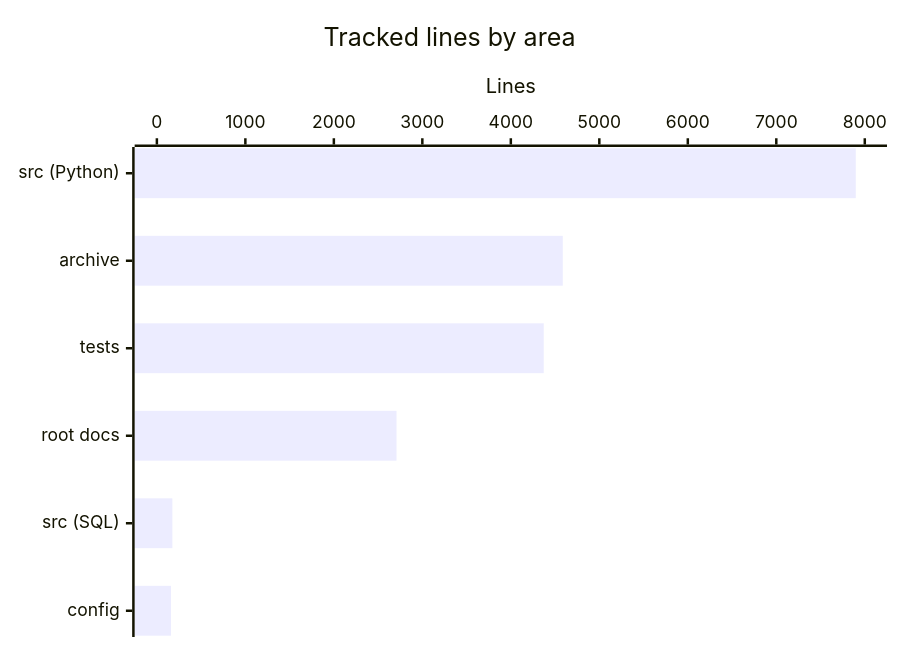
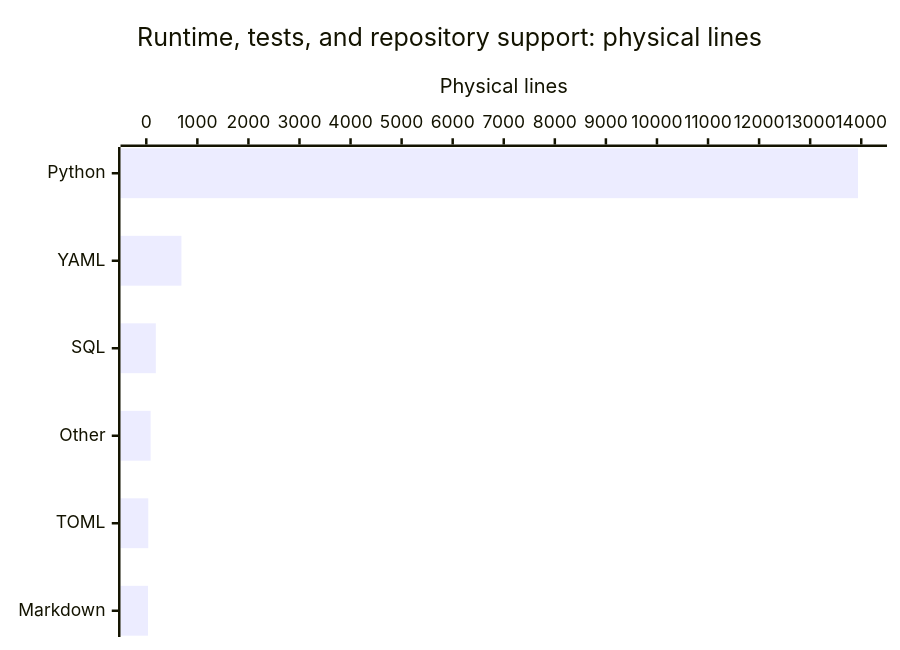
The diagram in droid-wiki/by-the-numbers.md (calisweetleaf/somnus-metadata), drawn with Mermaid before and after one commit. The commit also changed other lines of this file and 31 other files, not shown here.

````diff
--- a/droid-wiki/by-the-numbers.md
+++ b/droid-wiki/by-the-numbers.md
@@ -26,7 +21,7 @@
 ```mermaid
 xychart-beta horizontal
-    title "Tracked lines by area"
-    x-axis ["src (Python)", "archive", "tests", "root docs", "src (SQL)", "config"]
-    y-axis "Lines" 0 --> 8000
-    bar [7898, 4587, 4372, 2708, 175, 160]
+    title "Runtime, tests, and repository support: physical lines"
+    x-axis ["Python", "YAML", "SQL", "Other", "TOML", "Markdown"]
+    y-axis "Physical lines" 0 --> 14000
+    bar [13936, 688, 187, 85, 39, 34]
 ```
````
